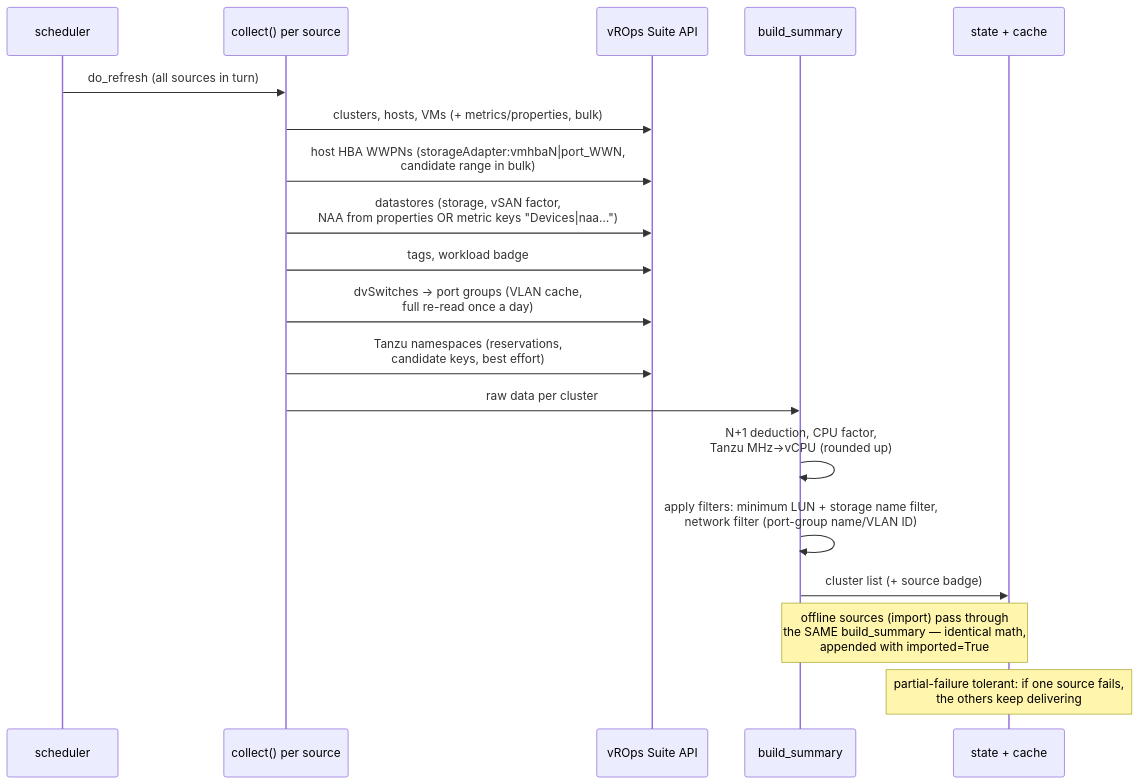
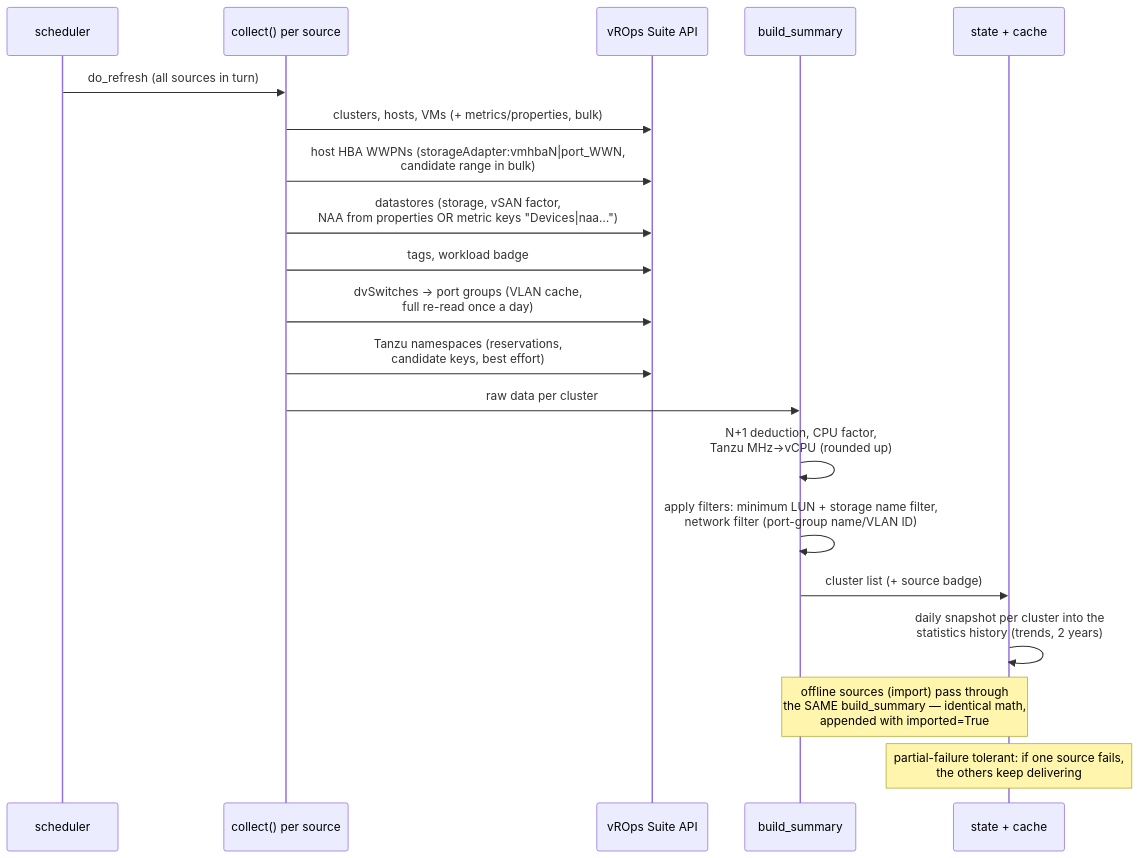
Before and after one commit to marcobockelbrink/vmware: the third of 6 diagrams in docs/ARCHITECTURE.en.md, drawn with Mermaid. The commit also changed other lines of this file and 9 other files, not shown here.

````diff
--- a/docs/ARCHITECTURE.en.md
+++ b/docs/ARCHITECTURE.en.md
@@ -99,22 +99,23 @@
 ```mermaid
 sequenceDiagram
     participant S as scheduler
     participant C as collect() per source
     participant V as vROps Suite API
     participant B as build_summary
     participant ST as state + cache
 
     S->>C: do_refresh (all sources in turn)
     C->>V: clusters, hosts, VMs (+ metrics/properties, bulk)
     C->>V: host HBA WWPNs (storageAdapter:vmhbaN|port_WWN,<br/>candidate range in bulk)
     C->>V: datastores (storage, vSAN factor,<br/>NAA from properties OR metric keys "Devices|naa…")
     C->>V: tags, workload badge
     C->>V: dvSwitches → port groups (VLAN cache,<br/>full re-read once a day)
     C->>V: Tanzu namespaces (reservations,<br/>candidate keys, best effort)
     C->>B: raw data per cluster
     B->>B: N+1 deduction, CPU factor,<br/>Tanzu MHz→vCPU (rounded up)
     B->>B: apply filters: minimum LUN + storage name filter,<br/>network filter (port-group name/VLAN ID)
     B->>ST: cluster list (+ source badge)
+    ST->>ST: daily snapshot per cluster into the<br/>statistics history (trends, 2 years)
     Note over B,ST: offline sources (import) pass through<br/>the SAME build_summary — identical math,<br/>appended with imported=True
     Note over ST: partial-failure tolerant: if one source fails,<br/>the others keep delivering
 ```
````
